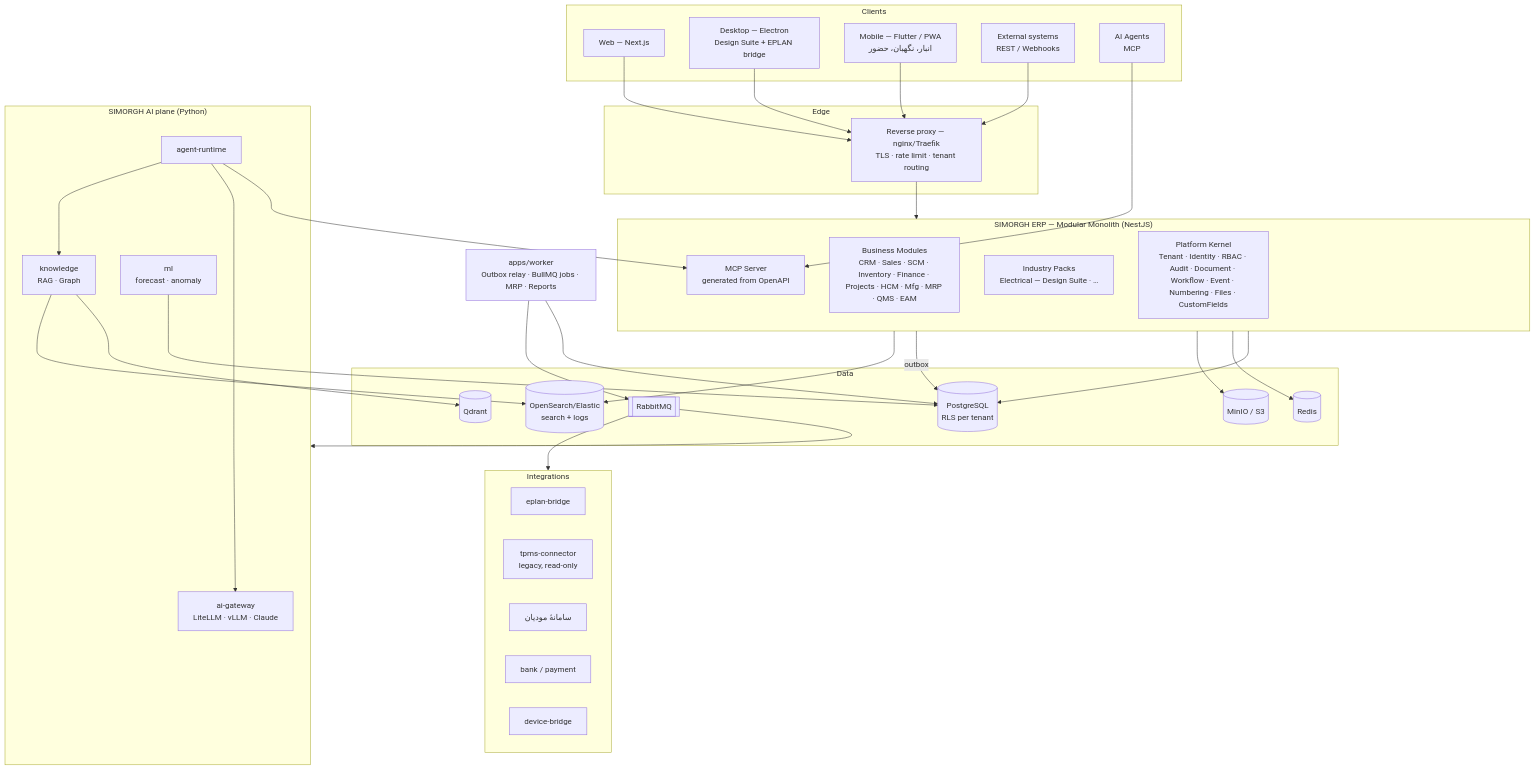
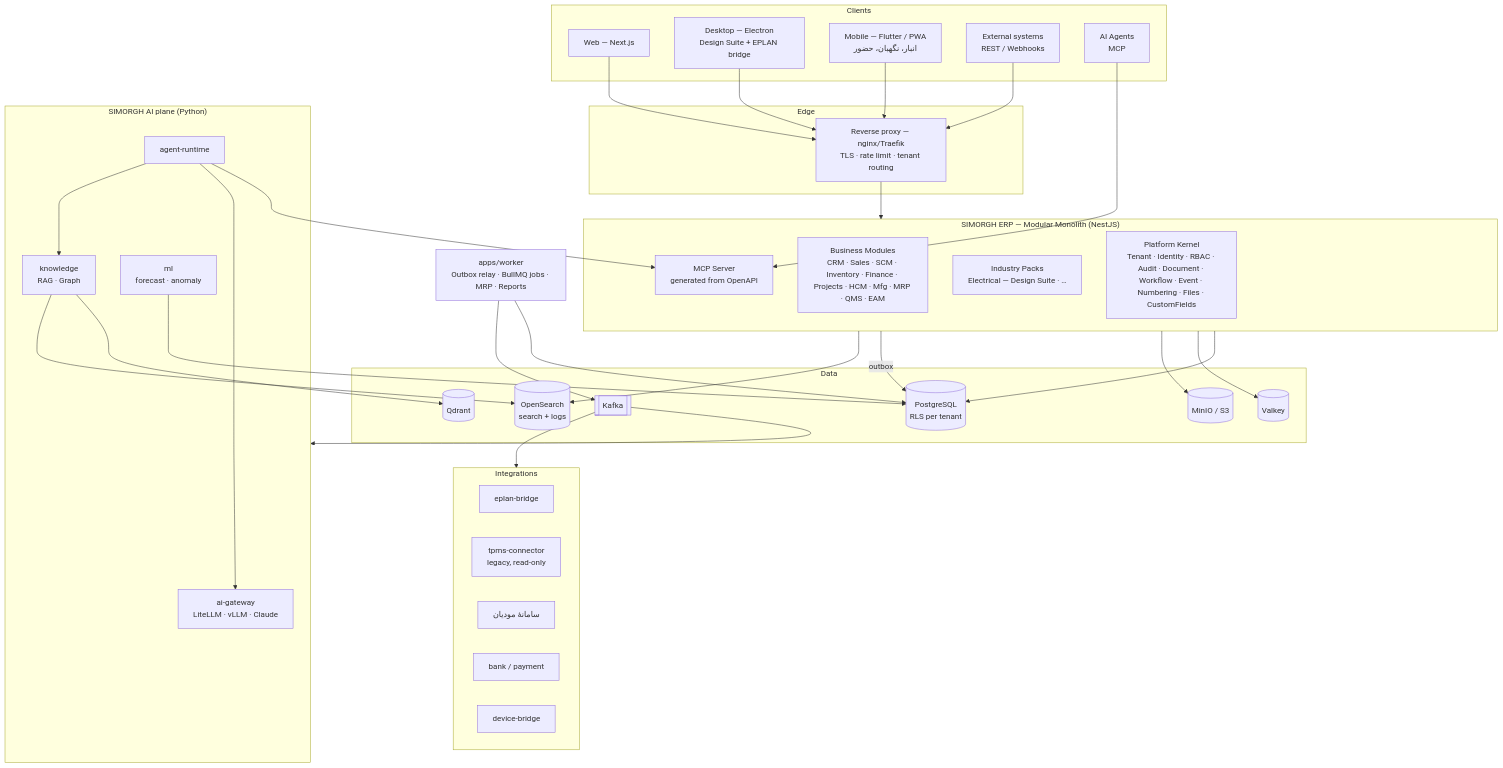
Before and after one commit to shahram-tabasi/Simorgh-ERP: the first of 8 diagrams in docs/architecture/SIMORGH-ERP-Enterprise-Architecture-v1.0.md, drawn with Mermaid. The commit also changed other lines of this file and 19 other files, not shown here.

First line of the commit message:
Move the event bus to Apache Kafka; add the open-source-only policy

````diff
--- a/docs/architecture/SIMORGH-ERP-Enterprise-Architecture-v1.0.md
+++ b/docs/architecture/SIMORGH-ERP-Enterprise-Architecture-v1.0.md
@@ -172,68 +173,68 @@
 ```mermaid
 flowchart TB
   subgraph Clients
     WEB[Web — Next.js]
     DESK[Desktop — Electron<br/>Design Suite + EPLAN bridge]
     MOB[Mobile — Flutter / PWA<br/>انبار، نگهبان، حضور]
     EXT[External systems<br/>REST / Webhooks]
     AGT[AI Agents<br/>MCP]
   end
 
   subgraph Edge
     GW[Reverse proxy — nginx/Traefik<br/>TLS · rate limit · tenant routing]
   end
 
   subgraph App["SIMORGH ERP — Modular Monolith (NestJS)"]
     K[Platform Kernel<br/>Tenant · Identity · RBAC · Audit · Document · Workflow · Event · Numbering · Files · CustomFields]
     M[Business Modules<br/>CRM · Sales · SCM · Inventory · Finance · Projects · HCM · Mfg · MRP · QMS · EAM]
     P[Industry Packs<br/>Electrical — Design Suite · …]
     MCP[MCP Server<br/>generated from OpenAPI]
   end
 
   WK[apps/worker<br/>Outbox relay · BullMQ jobs · MRP · Reports]
 
   subgraph Data
     PG[(PostgreSQL<br/>RLS per tenant)]
-    RD[(Redis)]
+    RD[(Valkey)]
     S3[(MinIO / S3)]
-    MQ[[RabbitMQ]]
-    ES[(OpenSearch/Elastic<br/>search + logs)]
+    MQ[[Kafka]]
+    ES[(OpenSearch<br/>search + logs)]
     VEC[(Qdrant)]
   end
 
   subgraph AI["SIMORGH AI plane (Python)"]
     LLM[ai-gateway<br/>LiteLLM · vLLM · Claude]
     AR[agent-runtime]
     KN[knowledge<br/>RAG · Graph]
     ML[ml<br/>forecast · anomaly]
   end
 
   subgraph INT[Integrations]
     EPL[eplan-bridge]
     TPMS[tpms-connector<br/>legacy, read-only]
     TAX[سامانهٔ مودیان]
     BANK[bank / payment]
     DEV[device-bridge]
   end
 
   WEB --> GW --> App
   DESK --> GW
   MOB --> GW
   EXT --> GW
   AGT --> MCP
   App --> PG
   App --> RD
   App --> S3
   App -- outbox --> PG
   WK --> PG
   WK --> MQ
   MQ --> AI
   MQ --> INT
   AR --> MCP
   AR --> LLM
   AR --> KN
   KN --> VEC
   KN --> ES
   ML --> PG
   App --> ES
 ```
````
